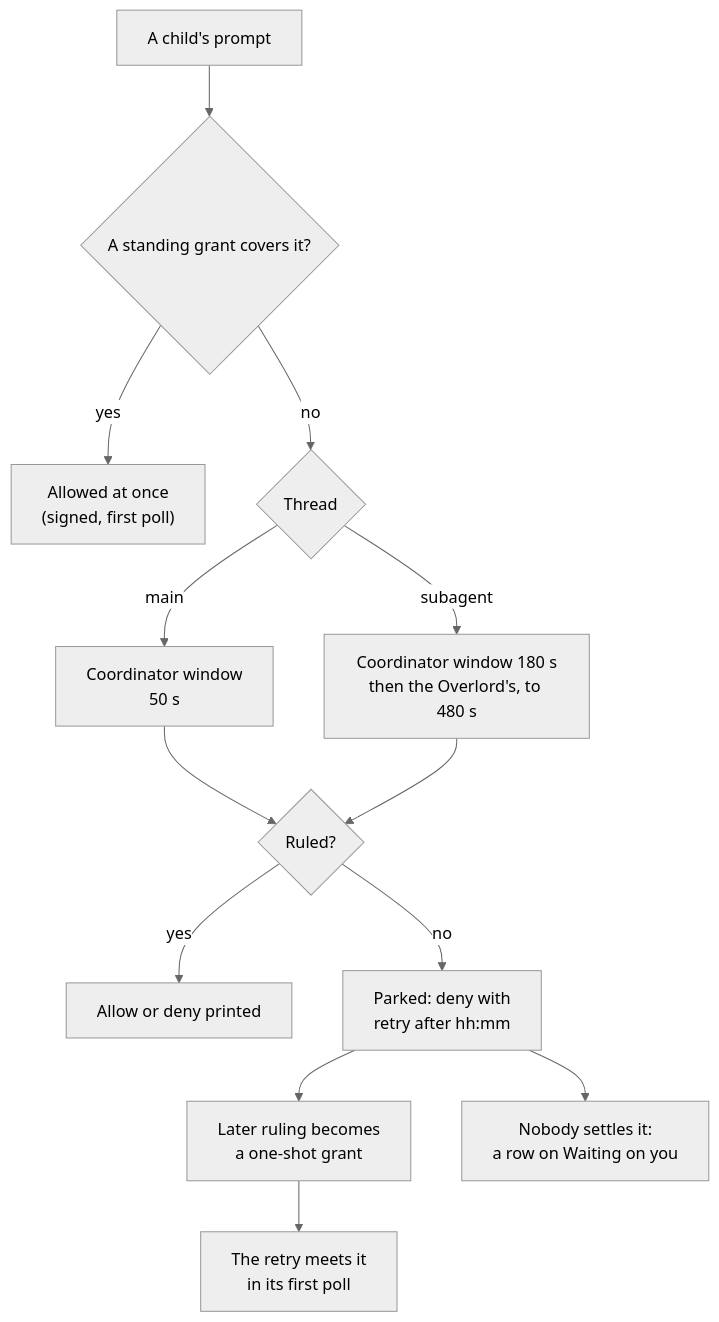
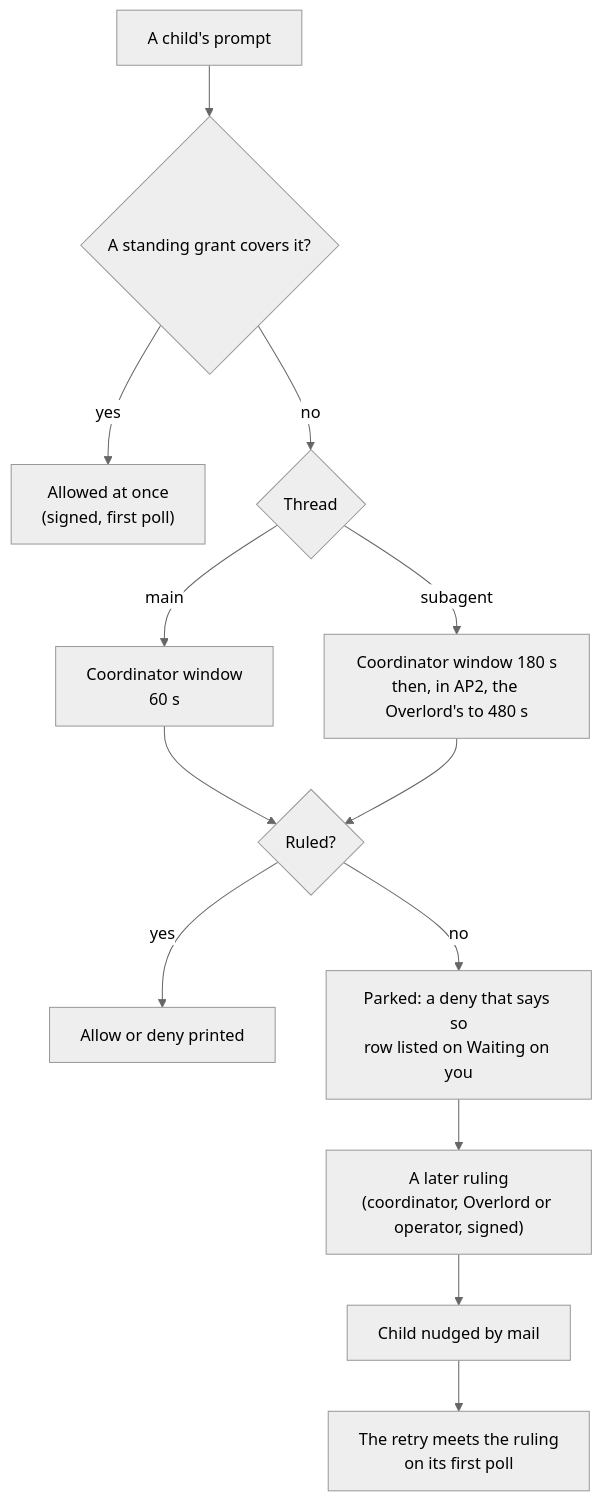
The second of 3 diagrams in docs/superpowers/plans/2026-11-18-overlord-approvals.md (Synapsium-Labs/ccrc-pwa), drawn with Mermaid (neutral theme) before and after one commit. The commit also changed other lines of this file and 1 other file, not shown here.

````diff
--- a/docs/superpowers/plans/2026-11-18-overlord-approvals.md
+++ b/docs/superpowers/plans/2026-11-18-overlord-approvals.md
@@ -275,15 +349,15 @@
 ```mermaid
 flowchart TD
   P["A child's prompt"] --> G{"A standing grant covers it?"}
   G -- "yes" --> A["Allowed at once<br/>(signed, first poll)"]
   G -- "no" --> W{"Thread"}
-  W -- "main" --> M["Coordinator window<br/>50 s"]
-  W -- "subagent" --> S["Coordinator window 180 s<br/>then the Overlord's, to 480 s"]
+  W -- "main" --> M["Coordinator window<br/>60 s"]
+  W -- "subagent" --> S["Coordinator window 180 s<br/>then, in AP2, the Overlord's to 480 s"]
   M --> R{"Ruled?"}
   S --> R
   R -- "yes" --> D["Allow or deny printed"]
-  R -- "no" --> K["Parked: deny with<br/>retry after hh:mm"]
-  K --> L["Later ruling becomes<br/>a one-shot grant"]
-  L --> T["The retry meets it<br/>in its first poll"]
-  K --> N["Nobody settles it:<br/>a row on Waiting on you"]
+  R -- "no" --> K["Parked: a deny that says so<br/>row listed on Waiting on you"]
+  K --> L["A later ruling<br/>(coordinator, Overlord or operator, signed)"]
+  L --> N["Child nudged by mail"]
+  N --> T["The retry meets the ruling<br/>on its first poll"]
 ```
````
